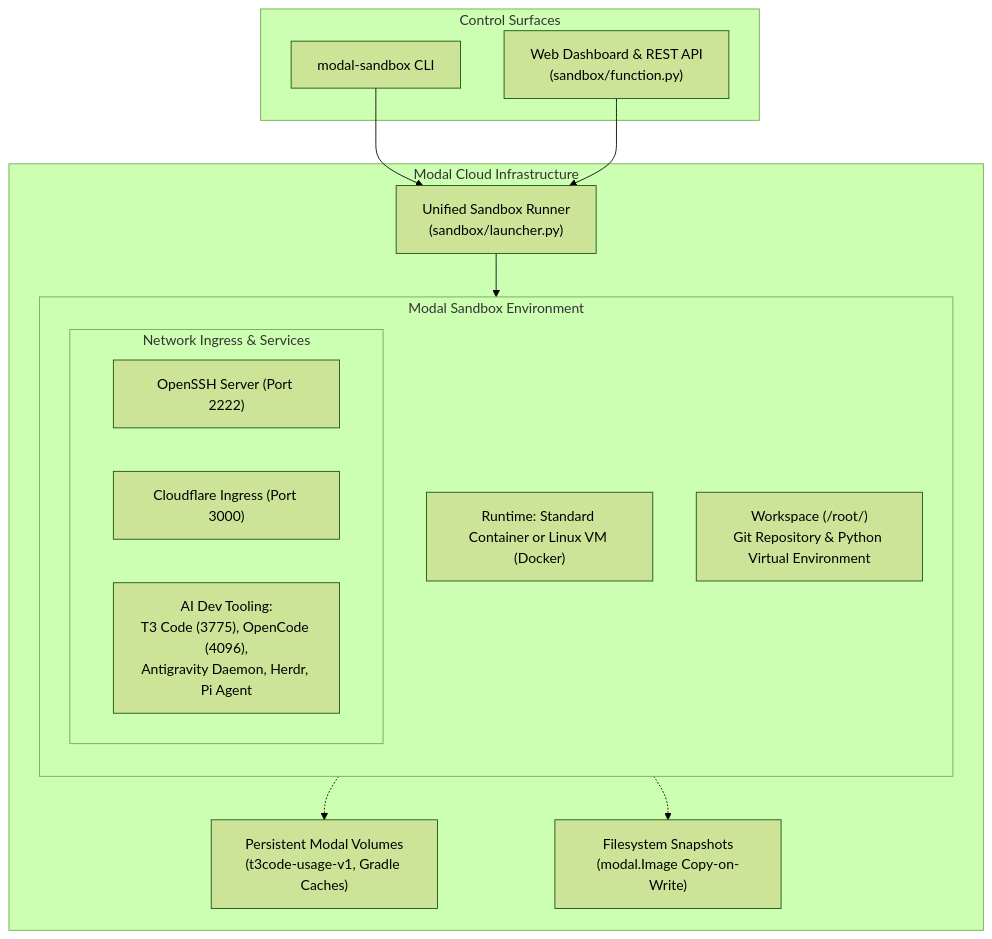
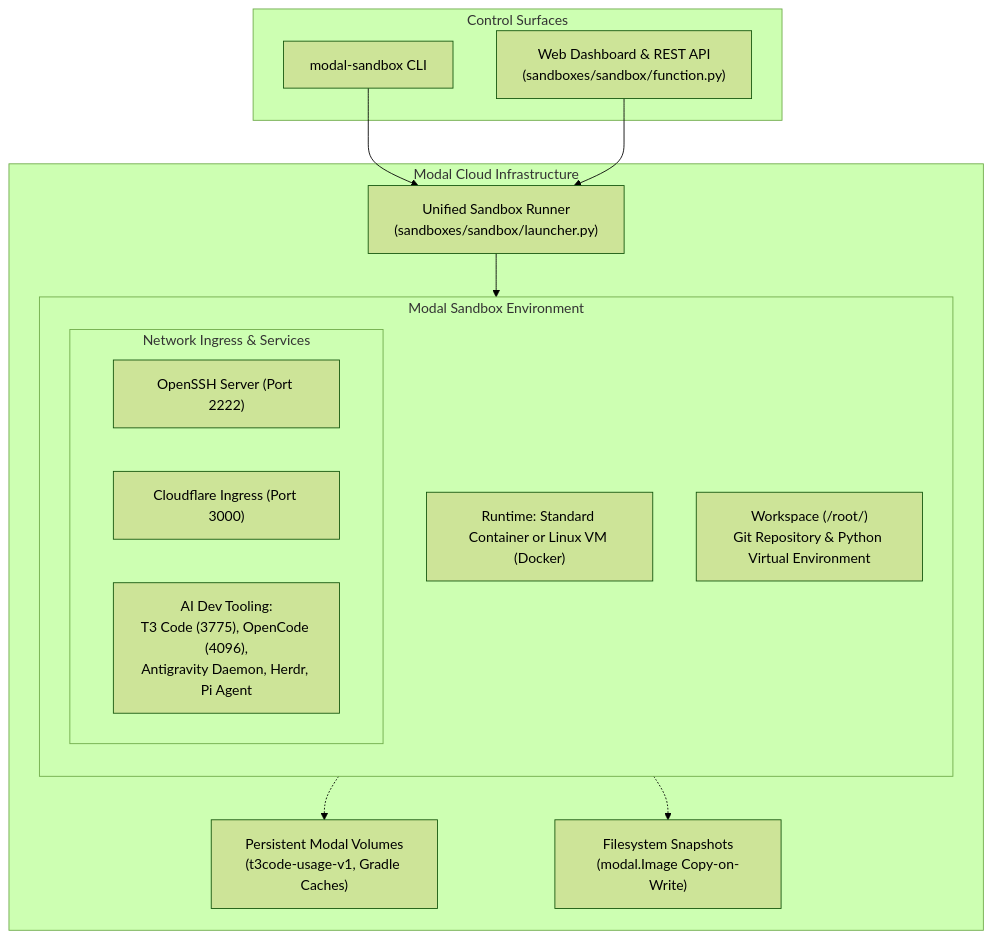
One commit to YoungMahesh/software-factory changed the diagram in readme.md. Above: the diagram before and after it, drawn with Mermaid (forest theme). The commit also changed other lines of this file and 13 other files, not shown here.

````diff
--- a/readme.md
+++ b/readme.md
@@ -9,32 +9,32 @@
 ```mermaid
 flowchart TD
     subgraph Client["Control Surfaces"]
         CLI["modal-sandbox CLI"]
-        WebUI["Web Dashboard & REST API<br/>(sandbox/function.py)"]
+        WebUI["Web Dashboard & REST API<br/>(sandboxes/sandbox/function.py)"]
     end
 
     subgraph ModalCloud["Modal Cloud Infrastructure"]
-        Runner["Unified Sandbox Runner<br/>(sandbox/launcher.py)"]
+        Runner["Unified Sandbox Runner<br/>(sandboxes/sandbox/launcher.py)"]
         
         subgraph Sandbox["Modal Sandbox Environment"]
             direction TB
             Runtime["Runtime: Standard Container or Linux VM (Docker)"]
             Workspace["Workspace (/root/<name>)<br/>Git Repository & Python Virtual Environment"]
             
             subgraph Services["Network Ingress & Services"]
                 SSH["OpenSSH Server (Port 2222)"]
                 Tunnel["Cloudflare Ingress (Port 3000)"]
                 AgentTools["AI Dev Tooling:<br/>T3 Code (3775), OpenCode (4096),<br/>Antigravity Daemon, Herdr, Pi Agent"]
             end
         end
 
         Volume["Persistent Modal Volumes<br/>(t3code-usage-v1, Gradle Caches)"]
         Snapshots["Filesystem Snapshots<br/>(modal.Image Copy-on-Write)"]
     end
 
     CLI --> Runner
     WebUI --> Runner
     Runner --> Sandbox
     Sandbox -.-> Volume
     Sandbox -.-> Snapshots
 ```
````
